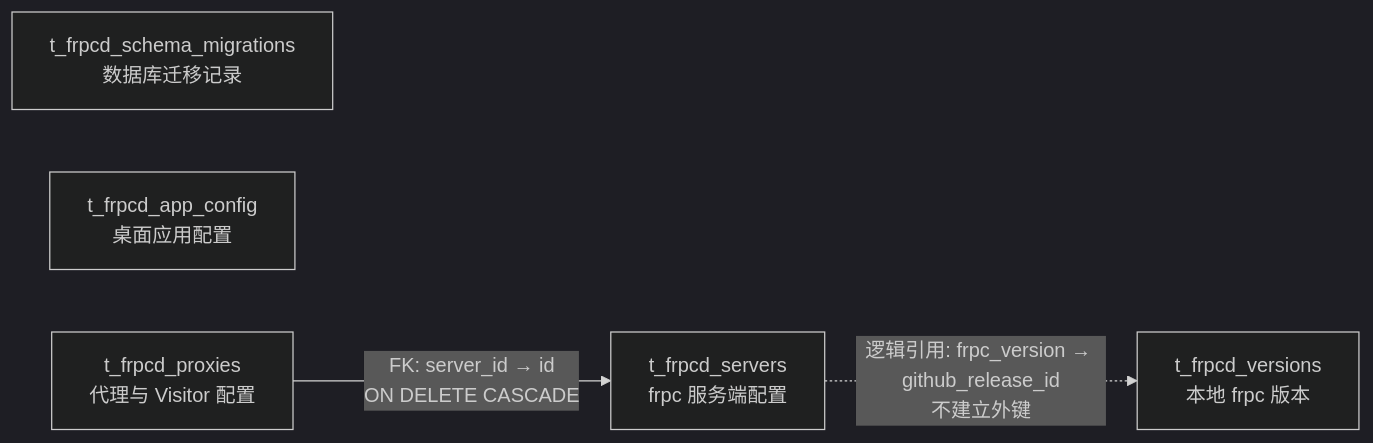
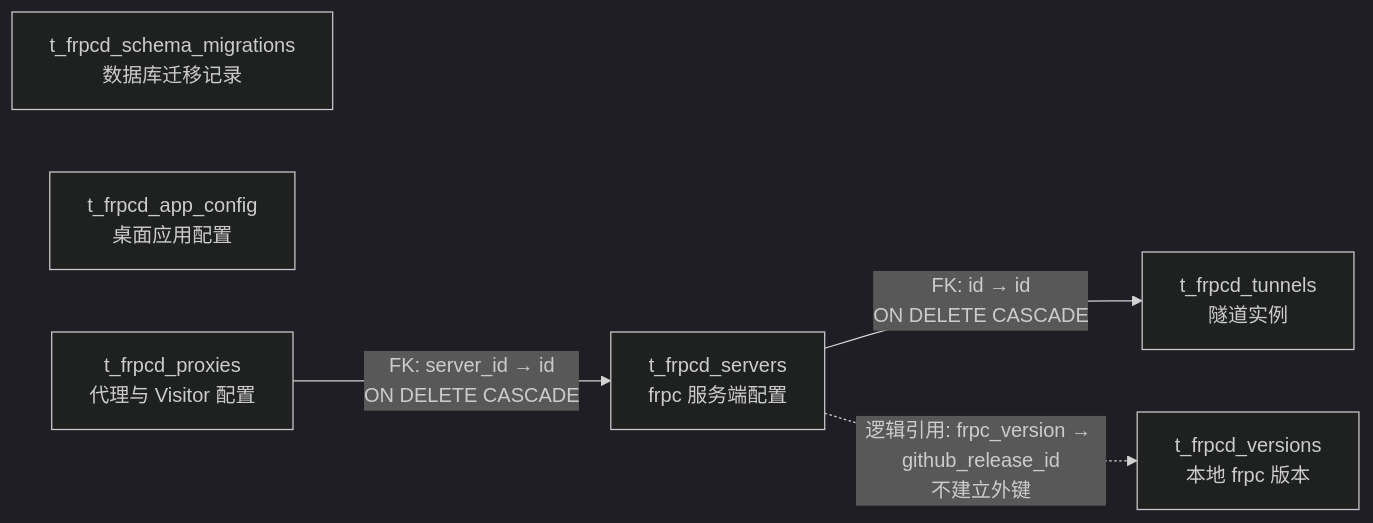
One commit to luckjiawei/frpc-desktop changed the diagram in docs/DATABASES.md. Above: the diagram before and after it, drawn with Mermaid (dark theme). The commit also changed other lines of this file and 42 other files, not shown here.

````diff
--- a/docs/DATABASES.md
+++ b/docs/DATABASES.md
@@ -83,11 +83,13 @@
 ```mermaid
 flowchart LR
   migrations["t_frpcd_schema_migrations<br/>数据库迁移记录"]
   appConfig["t_frpcd_app_config<br/>桌面应用配置"]
+  tunnels["t_frpcd_tunnels<br/>隧道实例"]
   servers["t_frpcd_servers<br/>frpc 服务端配置"]
   proxies["t_frpcd_proxies<br/>代理与 Visitor 配置"]
   versions["t_frpcd_versions<br/>本地 frpc 版本"]
 
+  servers -->|"FK: id → id<br/>ON DELETE CASCADE"| tunnels
   proxies -->|"FK: server_id → id<br/>ON DELETE CASCADE"| servers
   servers -.->|"逻辑引用: frpc_version → github_release_id<br/>不建立外键"| versions
 ```
````
